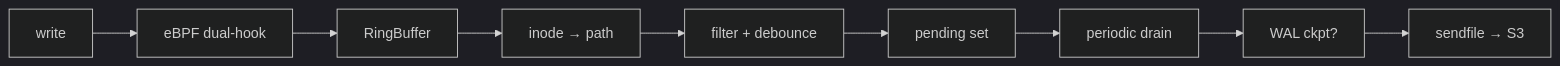
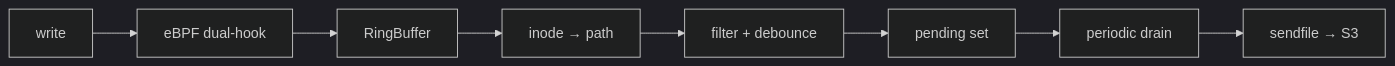
One commit to hoard-project/hoard changed the diagram in README.md. Above: the diagram before and after it, drawn with Mermaid (dark theme). The commit also changed other lines of this file and 12 other files, not shown here.

````diff
--- a/README.md
+++ b/README.md
@@ -6,11 +6,10 @@
 ```mermaid
 flowchart LR
     A[write] --> B[eBPF dual-hook]
     B --> C[RingBuffer]
     C --> D[inode → path]
     D --> E[filter + debounce]
     E --> F[pending set]
     F --> G[periodic drain]
-    G --> H[WAL ckpt?]
-    H --> I[sendfile → S3]
+    G --> H[sendfile → S3]
 ```
````
